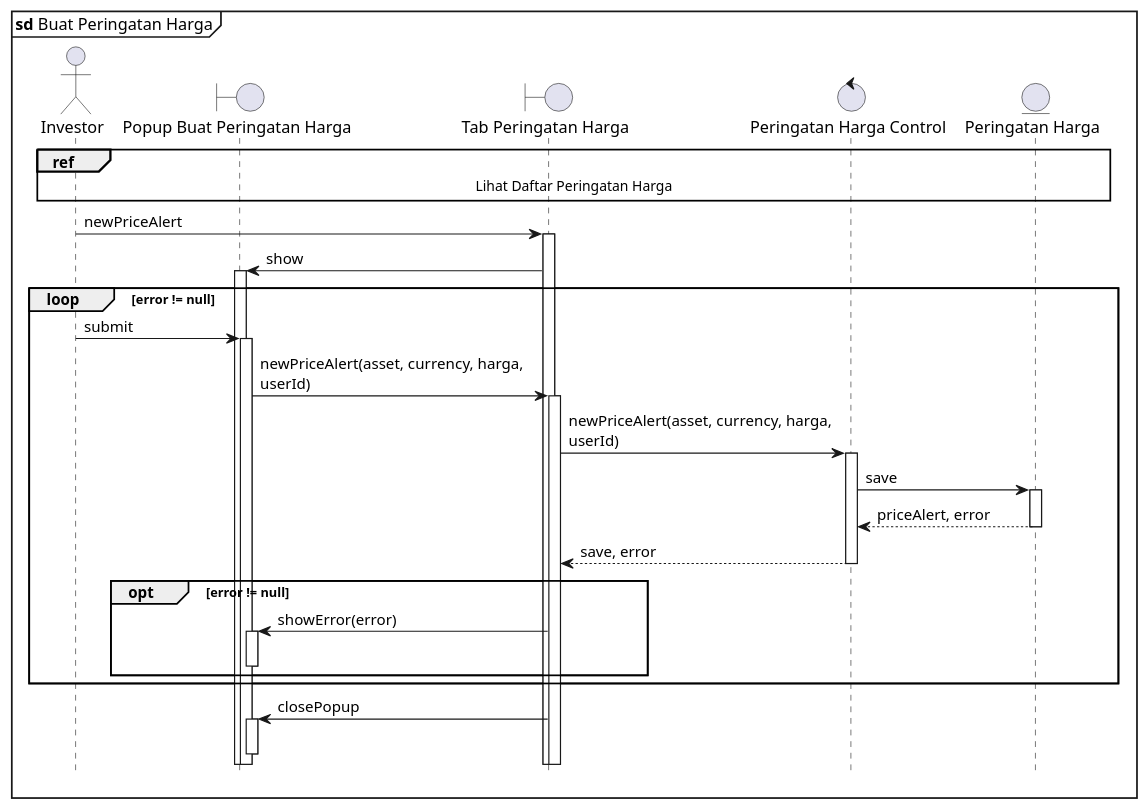
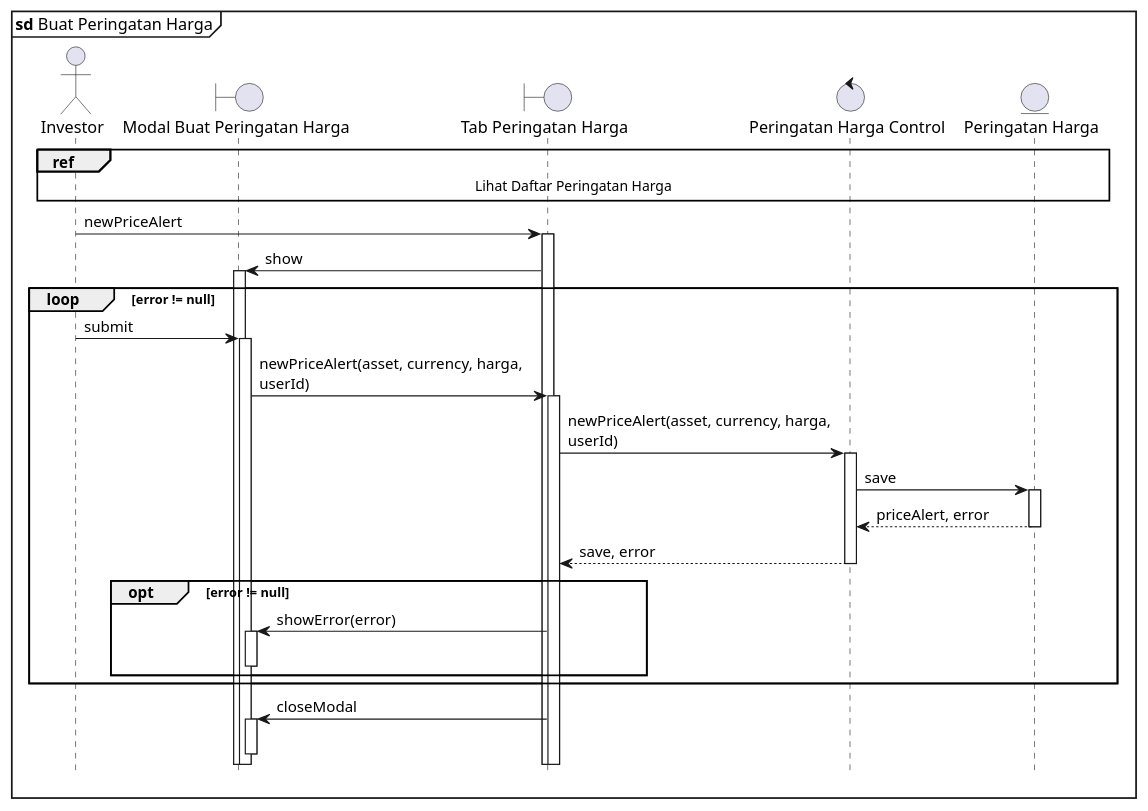
The diagram in sequence/buat-peringatan-harga.puml (clarestarahma/manajemen-investasi), drawn with PlantUML before and after one commit. The commit also changed 7 other files, not shown here.

Commit message:
bukan popup tapi modal

```diff
--- a/sequence/buat-peringatan-harga.puml
+++ b/sequence/buat-peringatan-harga.puml
@@ -1,37 +1,37 @@
 @startuml Sequence
 
 skinparam maxMessageSize 250
 
 hide footbox
 autoactivate on
 
 mainframe **sd** Buat Peringatan Harga
 
 actor Investor as I
-boundary "Popup Buat Peringatan Harga" as PBPH
+boundary "Modal Buat Peringatan Harga" as PBPH
 boundary "Tab Peringatan Harga" as TPH
 control "Peringatan Harga Control" as PHC
 entity "Peringatan Harga" as PH
 
 ref over I, PH : Lihat Daftar Peringatan Harga
 
 I -> TPH : newPriceAlert
 TPH -> PBPH : show
 
 loop error != null
   I -> PBPH : submit
   PBPH -> TPH : newPriceAlert(asset, currency, harga, userId)
   TPH -> PHC : newPriceAlert(asset, currency, harga, userId)
   PHC -> PH : save
   PH --> PHC : priceAlert, error
   PHC --> TPH : save, error
 
   opt error != null
     TPH -> PBPH : showError(error)
     deactivate PBPH
   end
 end
 
-TPH -> PBPH : closePopup
+TPH -> PBPH : closeModal
 deactivate PBPH
 @enduml
```
